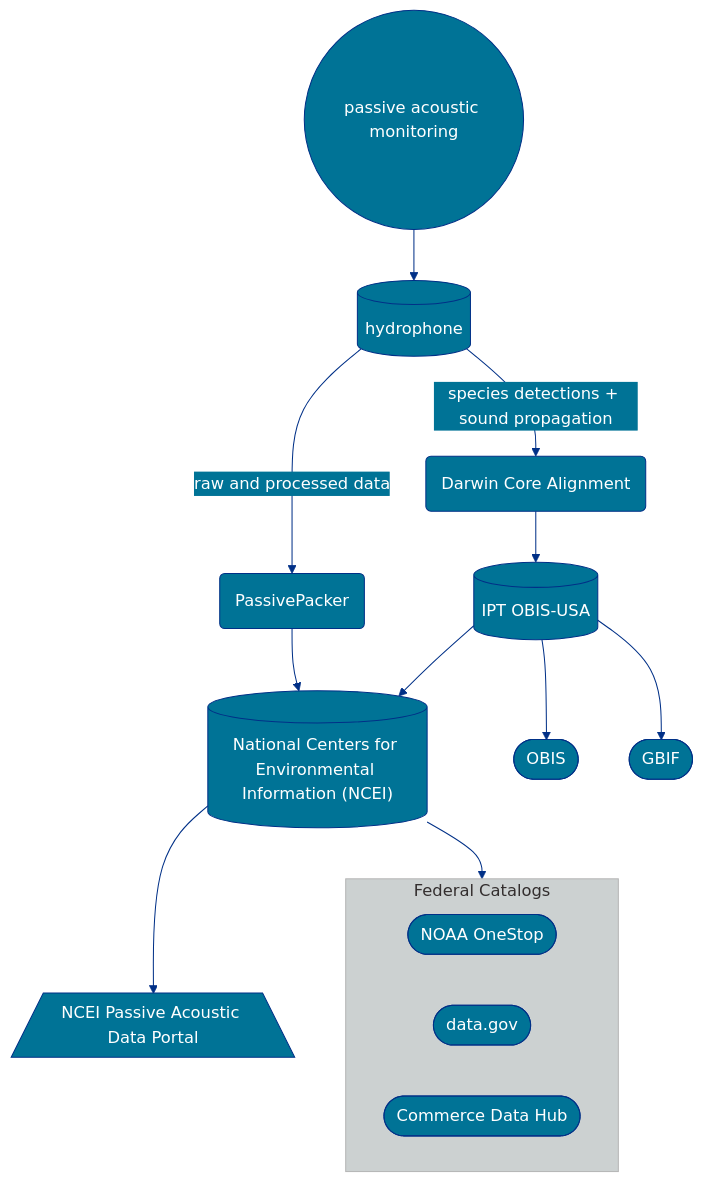
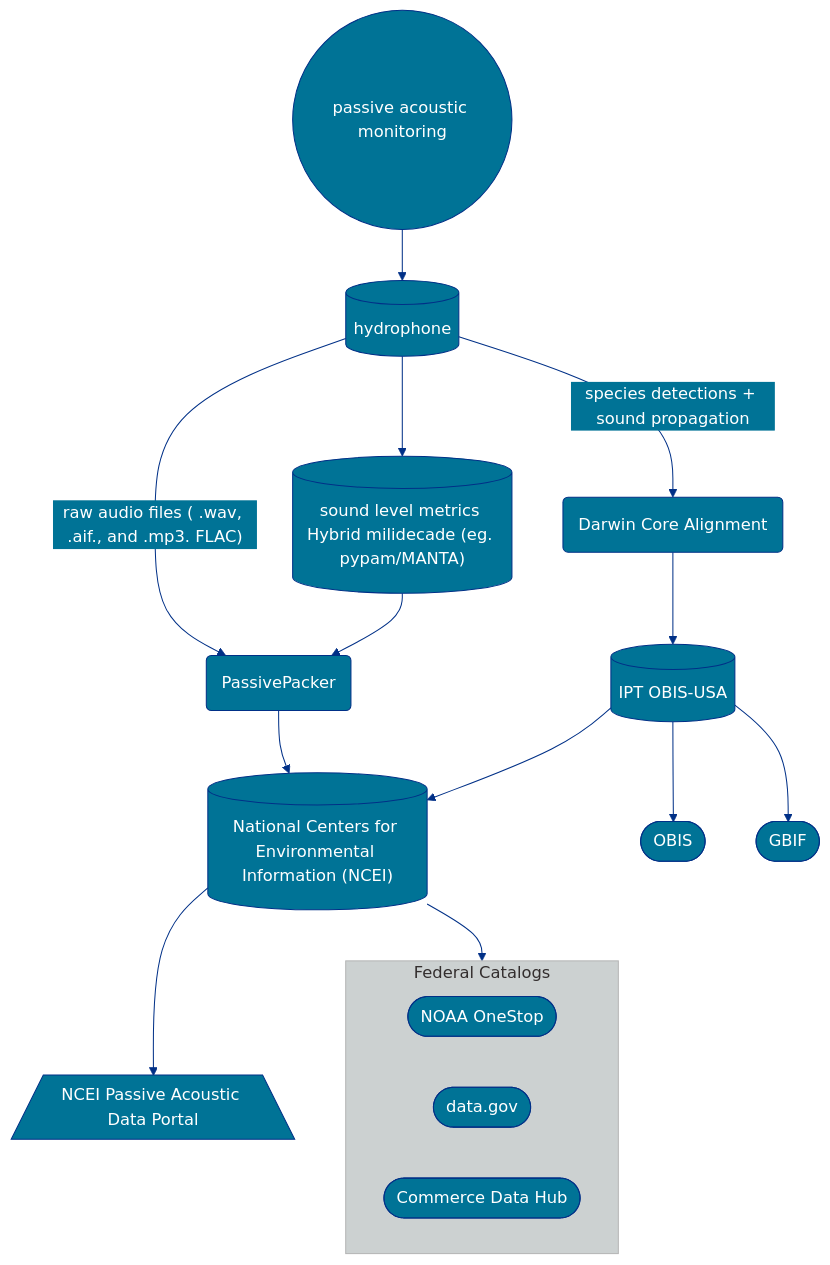
Before and after one commit to ioos/marine_life_data_network: the second of 5 diagrams in _docs/index.md, drawn with Mermaid.

Commit message:
update pam flow

````diff
--- a/_docs/index.md
+++ b/_docs/index.md
@@ -100,51 +100,55 @@
 ```mermaid
 %%{
   init: {
     'theme': 'base',
     'themeVariables': {
       'primaryColor': '#007396',
       'primaryTextColor': '#fff',
       'primaryBorderColor': '#003087',
       'lineColor': '#003087',
       'secondaryColor': '#007396',
       'tertiaryColor': '#CCD1D1'
     },
    'flowchart': { 'curve': 'basis' }
   }
 }%%
 
 flowchart TD
 
 pA(("passive acoustic monitoring"))
 A[("hydrophone")]
+A1[("sound level metrics Hybrid milidecade (eg. pypam/MANTA)")]
 B("PassivePacker")
 C("Darwin Core Alignment")
 D[("National Centers for Environmental Information (NCEI)")]
 E[("IPT OBIS-USA")]
 G([OBIS])
 H([GBIF])
 J([NOAA OneStop])
 K([data.gov])
 L(["Commerce Data Hub"])
 R[/"NCEI Passive Acoustic Data Portal"\]
 
 
 pA --> A
 A -- species detections + sound propagation--> C
-A -- raw and processed data --> B
+A --> A1
+A1 --> B
+A -- raw audio files ( .wav, .aif., and .mp3. FLAC) --> B
 C --> E
 E --> D
 E --> G
 E --> H
 B --> D
 
 D --> FC
 
 D --> R
 
 subgraph FC [Federal Catalogs]
 J
 K
 L
 end
+
 ```
````
